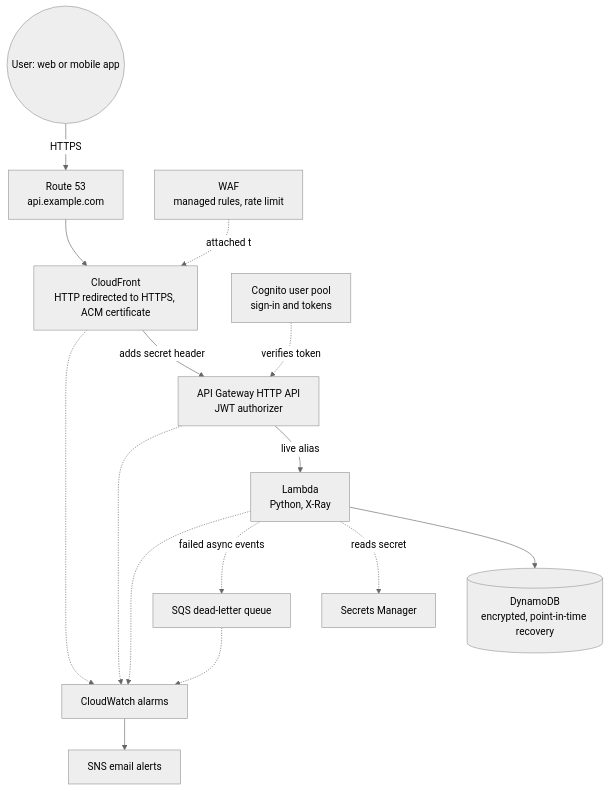
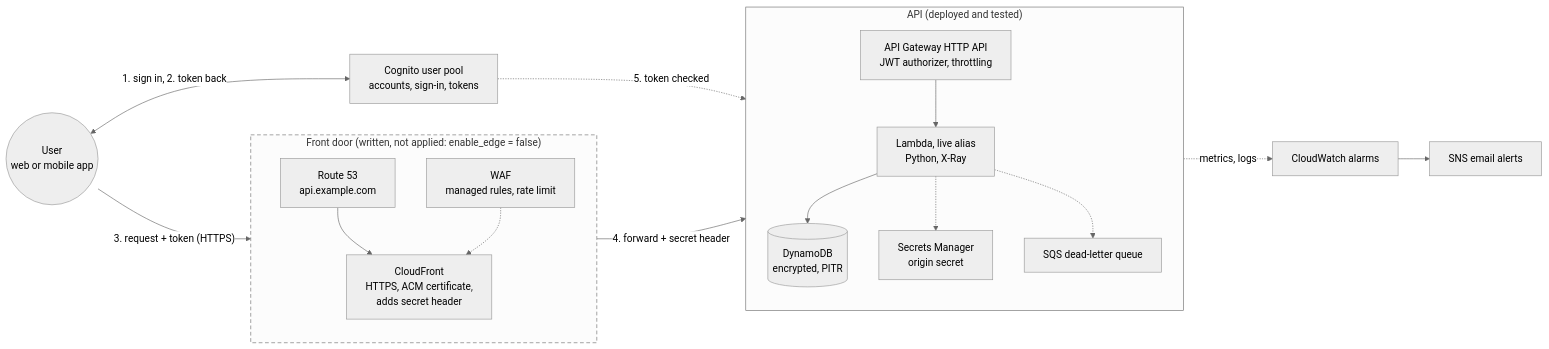
One commit to Duna-Devo/Cloud-devops-portfolio changed the third of 5 diagrams in README.md. Above: the diagram before and after it, drawn with Mermaid (neutral theme).

Commit message:
docs: put redesigned diagram under Stage 2b

````diff
--- a/README.md
+++ b/README.md
@@ -131,17 +131,37 @@
 ```mermaid
-flowchart TB
-    User((User: web or mobile app)) -->|HTTPS| R53[Route 53<br/>api.example.com]
-    R53 --> CF[CloudFront<br/>HTTP redirected to HTTPS, ACM certificate]
-    WAF[WAF<br/>managed rules, rate limit] -.attached to.-> CF
-    CF -->|adds secret header| APIGW[API Gateway HTTP API<br/>JWT authorizer]
-    Cognito[Cognito user pool<br/>sign-in and tokens] -.verifies token.-> APIGW
-    APIGW -->|live alias| Lambda[Lambda<br/>Python, X-Ray]
-    Lambda --> DDB[(DynamoDB<br/>encrypted, point-in-time recovery)]
-    Lambda -.reads secret.-> SM[Secrets Manager]
-    Lambda -.failed async events.-> DLQ[SQS dead-letter queue]
-    CW[CloudWatch alarms] --> SNS[SNS email alerts]
-    Lambda -.-> CW
-    APIGW -.-> CW
-    CF -.-> CW
-    DLQ -.-> CW
+flowchart LR
+    User(("User<br/>web or mobile app"))
+    Cognito["Cognito user pool<br/>accounts, sign-in, tokens"]
+
+    subgraph EDGE["Front door (written, not applied: enable_edge = false)"]
+        direction TB
+        R53["Route 53<br/>api.example.com"]
+        CF["CloudFront<br/>HTTPS, ACM certificate,<br/>adds secret header"]
+        WAF["WAF<br/>managed rules, rate limit"]
+        R53 --> CF
+        WAF -.-> CF
+    end
+
+    subgraph CORE["API (deployed and tested)"]
+        direction TB
+        APIGW["API Gateway HTTP API<br/>JWT authorizer, throttling"]
+        Lambda["Lambda, live alias<br/>Python, X-Ray"]
+        DDB[("DynamoDB<br/>encrypted, PITR")]
+        SM["Secrets Manager<br/>origin secret"]
+        DLQ["SQS dead-letter queue"]
+        APIGW --> Lambda
+        Lambda --> DDB
+        Lambda -.-> SM
+        Lambda -.-> DLQ
+    end
+
+    CW["CloudWatch alarms"] --> SNS["SNS email alerts"]
+
+    User <-->|"1. sign in, 2. token back"| Cognito
+    User -->|"3. request + token (HTTPS)"| R53
+    CF -->|"4. forward + secret header"| APIGW
+    Cognito -.->|"5. token checked"| APIGW
+    CORE -.->|"metrics, logs"| CW
+
+    style EDGE stroke-dasharray: 6 4
 ```
````
